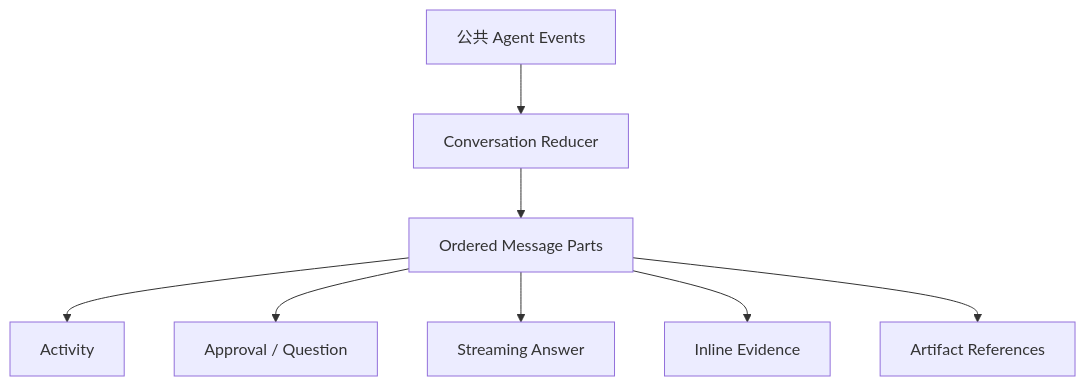
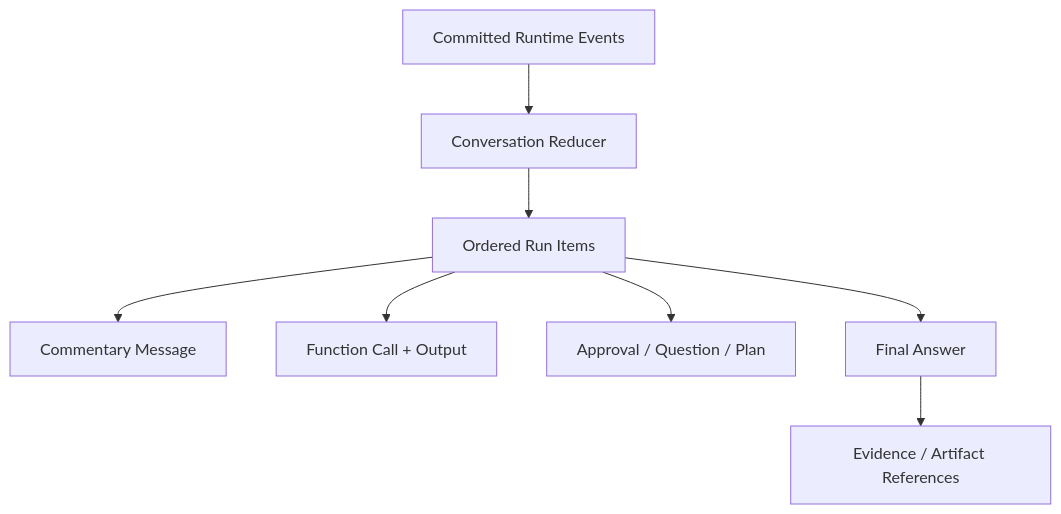
The fourth of 5 diagrams in docs/architecture/frontend.md (trrueee/DBFox), drawn with Mermaid before and after one commit. The commit also changed other lines of this file and 8 other files, not shown here.

Commit message:
chore(runtime): align startup and architecture metadata

````diff
--- a/docs/architecture/frontend.md
+++ b/docs/architecture/frontend.md
@@ -135,10 +134,10 @@
 ```mermaid
 flowchart TB
-  EVENT["公共 Agent Events"] --> REDUCER["Conversation Reducer"]
-  REDUCER --> PARTS["Ordered Message Parts"]
-  PARTS --> ACT["Activity"]
-  PARTS --> APPROVAL["Approval / Question"]
-  PARTS --> ANSWER["Streaming Answer"]
-  PARTS --> CITE["Inline Evidence"]
-  PARTS --> REF["Artifact References"]
+  EVENT["Committed Runtime Events"] --> REDUCER["Conversation Reducer"]
+  REDUCER --> ITEMS["Ordered Run Items"]
+  ITEMS --> COMMENTARY["Commentary Message"]
+  ITEMS --> TOOL["Function Call + Output"]
+  ITEMS --> APPROVAL["Approval / Question / Plan"]
+  ITEMS --> ANSWER["Final Answer"]
+  ANSWER --> CITE["Evidence / Artifact References"]
 ```
````
